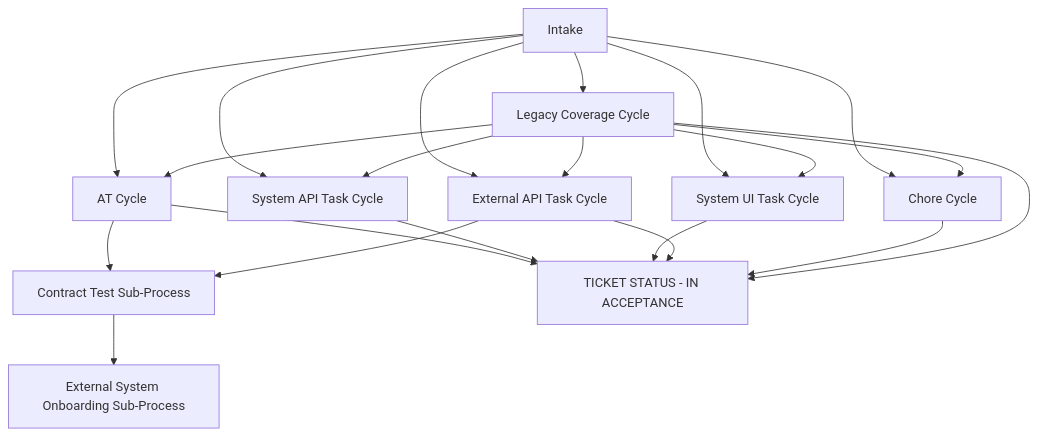
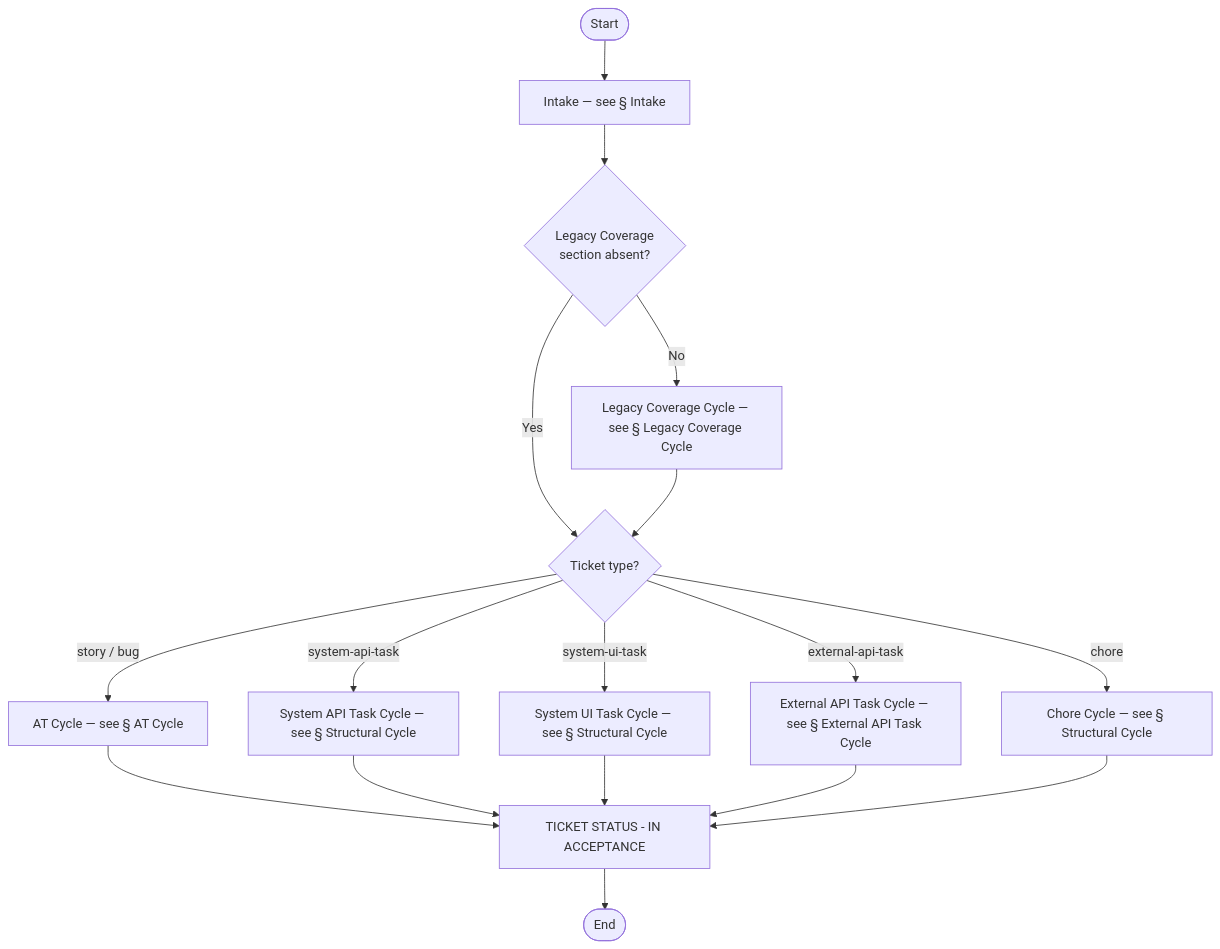
The first of 9 diagrams in docs/atdd/process/diagram-process.md (optivem/starter), drawn with Mermaid before and after one commit. The commit also changed other lines of this file and 2 other files, not shown here.

````diff
--- a/docs/atdd/process/diagram-process.md
+++ b/docs/atdd/process/diagram-process.md
@@ -26,34 +29,32 @@
 ```mermaid
 flowchart TD
-    INTAKE[Intake]
-    LEGACY[Legacy Coverage Cycle]
-    AT[AT Cycle]
-    SYSAPI[System API Task Cycle]
-    SYSUI[System UI Task Cycle]
-    EXTAPI[External API Task Cycle]
-    CHORE[Chore Cycle]
-    CT[Contract Test Sub-Process]
-    ONBOARD[External System Onboarding Sub-Process]
+    START([Start])
+    INTAKE[Intake — see § Intake]
+    GATE_LEGACY{Legacy Coverage<br/>section absent?}
+    LEGACY[Legacy Coverage Cycle — see § Legacy Coverage Cycle]
+    GATE_TYPE{Ticket type?}
+    AT[AT Cycle — see § AT Cycle]
+    SYSAPI[System API Task Cycle — see § Structural Cycle]
+    SYSUI[System UI Task Cycle — see § Structural Cycle]
+    EXTAPI[External API Task Cycle — see § External API Task Cycle]
+    CHORE[Chore Cycle — see § Structural Cycle]
     INACC[TICKET STATUS - IN ACCEPTANCE]
+    END([End])
 
-    INTAKE --> LEGACY
-    INTAKE --> AT
-    INTAKE --> SYSAPI
-    INTAKE --> SYSUI
-    INTAKE --> EXTAPI
-    INTAKE --> CHORE
-    LEGACY --> AT
-    LEGACY --> SYSAPI
-    LEGACY --> SYSUI
-    LEGACY --> EXTAPI
-    LEGACY --> CHORE
-    AT --> CT
-    EXTAPI --> CT
-    CT --> ONBOARD
+    START --> INTAKE
+    INTAKE --> GATE_LEGACY
+    GATE_LEGACY -- Yes --> GATE_TYPE
+    GATE_LEGACY -- No --> LEGACY
+    LEGACY --> GATE_TYPE
+    GATE_TYPE -- story / bug --> AT
+    GATE_TYPE -- system-api-task --> SYSAPI
+    GATE_TYPE -- system-ui-task --> SYSUI
+    GATE_TYPE -- external-api-task --> EXTAPI
+    GATE_TYPE -- chore --> CHORE
     AT --> INACC
     SYSAPI --> INACC
     SYSUI --> INACC
     EXTAPI --> INACC
     CHORE --> INACC
-    LEGACY --> INACC
+    INACC --> END
 ```
````
